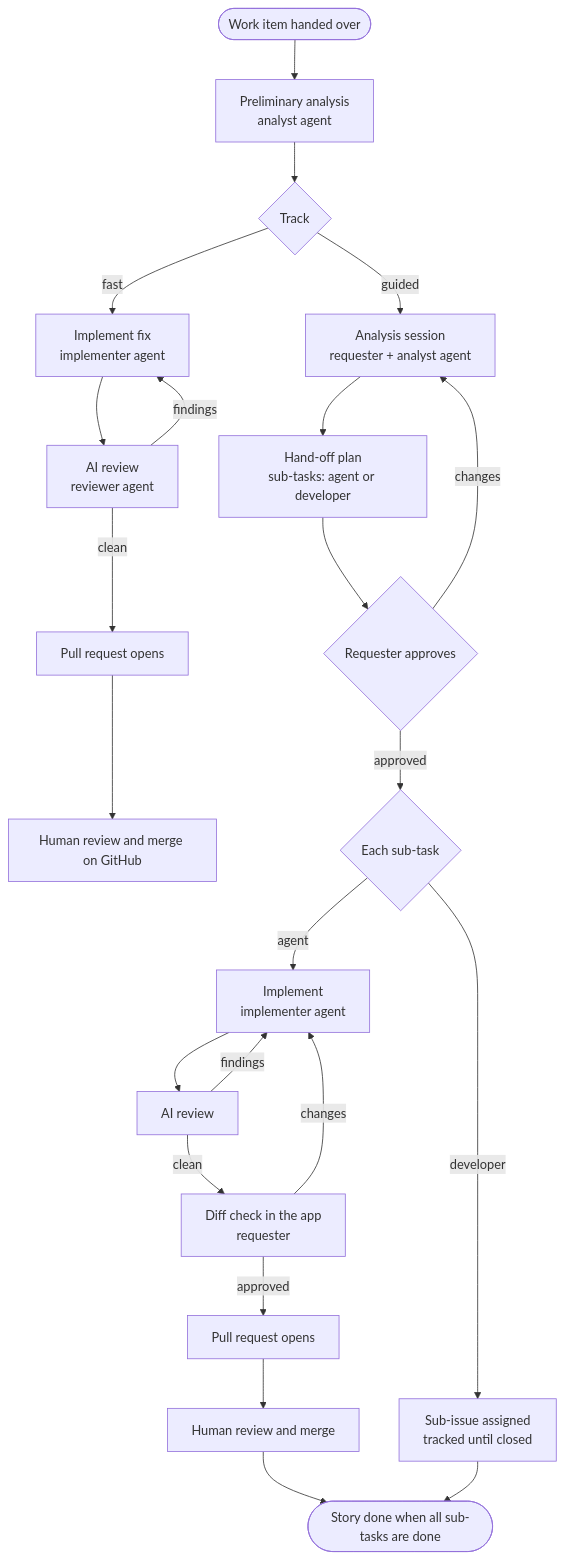
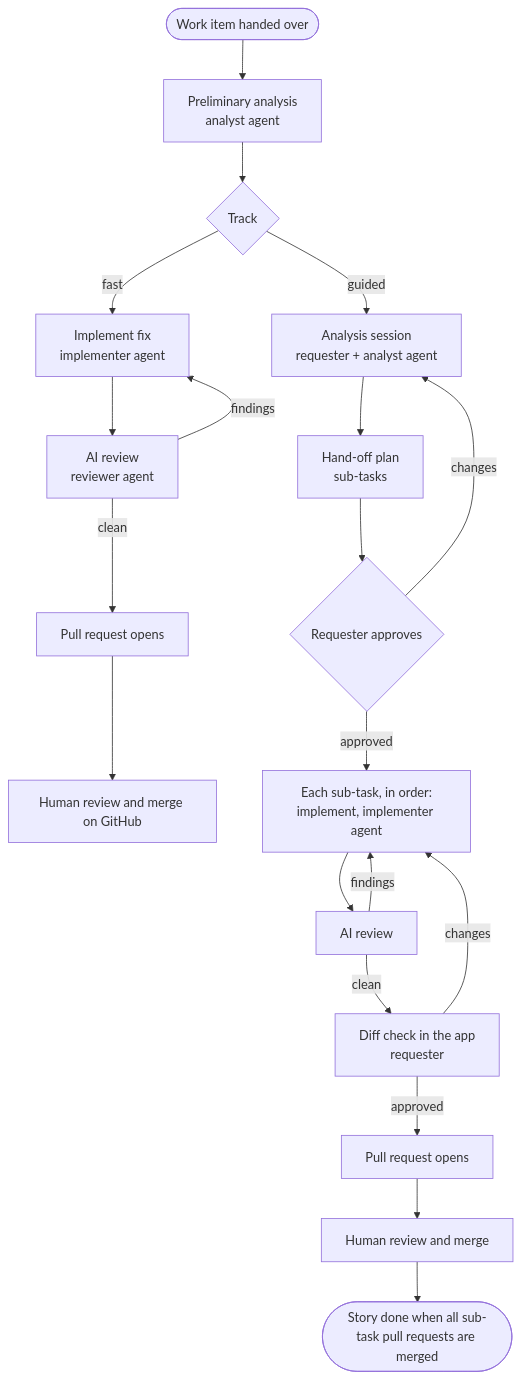
The diagram in docs/functional-requirements.md (luigi-lt/orchestrator), drawn with Mermaid before and after one commit. The commit also changed other lines of this file, not shown here.

First line of the commit message:
Make agents build every guided-track sub-task

````diff
--- a/docs/functional-requirements.md
+++ b/docs/functional-requirements.md
@@ -44,26 +43,23 @@
 ```mermaid
 flowchart TD
   start([Work item handed over]) --> analysis[Preliminary analysis<br/>analyst agent]
   analysis --> classify{Track}
   classify -->|fast| fix[Implement fix<br/>implementer agent]
   fix --> review1[AI review<br/>reviewer agent]
   review1 -->|findings| fix
   review1 -->|clean| pr1[Pull request opens]
   pr1 --> human1[Human review and merge on GitHub]
 
   classify -->|guided| session[Analysis session<br/>requester + analyst agent]
-  session --> handoff[Hand-off plan<br/>sub-tasks: agent or developer]
+  session --> handoff[Hand-off plan<br/>sub-tasks]
   handoff --> approve{Requester approves}
   approve -->|changes| session
-  approve -->|approved| split{Each sub-task}
-  split -->|agent| impl[Implement<br/>implementer agent]
+  approve -->|approved| impl[Each sub-task, in order:<br/>implement, implementer agent]
   impl --> review2[AI review]
   review2 -->|findings| impl
   review2 -->|clean| check[Diff check in the app<br/>requester]
   check -->|changes| impl
   check -->|approved| pr2[Pull request opens]
   pr2 --> human2[Human review and merge]
-  split -->|developer| issue[Sub-issue assigned<br/>tracked until closed]
-  human2 --> done([Story done when all sub-tasks are done])
-  issue --> done
+  human2 --> done([Story done when all sub-task pull requests are merged])
 ```
````
